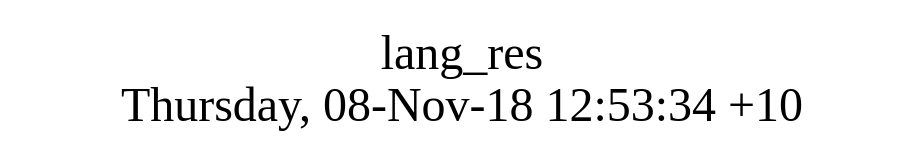
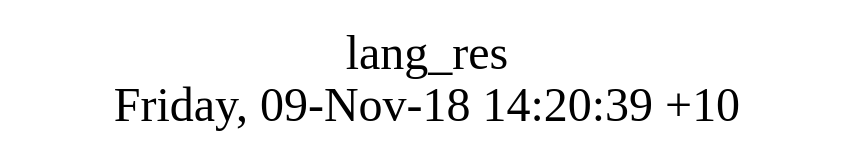
One commit to AplaProject/apps changed the diagram in src/lang_res/struct.dot. Above: the diagram before and after it, drawn with Graphviz. The commit also changed 16 other files, not shown here.

```diff
--- a/src/lang_res/struct.dot
+++ b/src/lang_res/struct.dot
@@ -1,8 +1,8 @@
 digraph G {
 fontsize="24";
-label="lang_res\nThursday, 08-Nov-18 12:53:34 +10";
+label="lang_res\nFriday, 09-Nov-18 14:20:39 +10";
 nojustify=true;
 ordering=out;
 rankdir=LR;
 size="30";
 }
```
